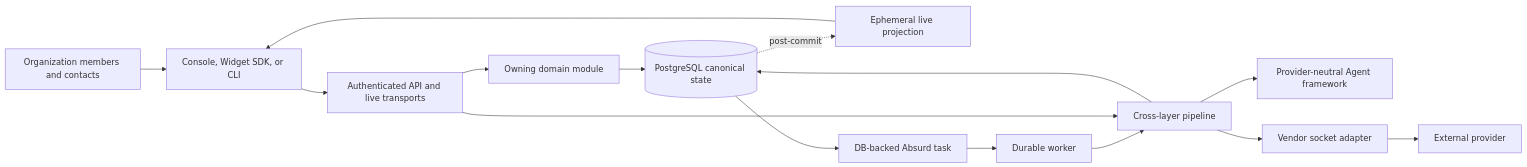
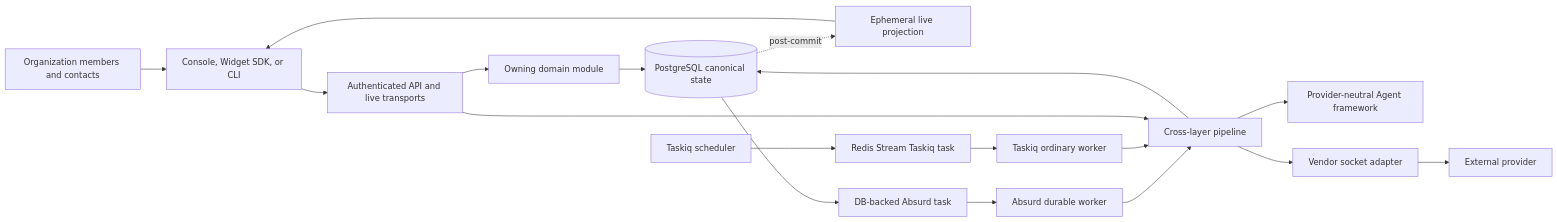
Before and after one commit to veris-pr/eylo-os: the diagram in README.md, drawn with Mermaid. The commit also changed other lines of this file and 35 other files, not shown here.

Commit message:
Document Taskiq ordinary task execution

````diff
--- a/README.md
+++ b/README.md
@@ -86,23 +86,27 @@
 ```mermaid
 flowchart LR
     people["Organization members and contacts"]
     clients["Console, Widget SDK, or CLI"]
     api["Authenticated API and live transports"]
     domain["Owning domain module"]
     state[("PostgreSQL canonical state")]
     live["Ephemeral live projection"]
     absurd["DB-backed Absurd task"]
-    worker["Durable worker"]
+    durable_worker["Absurd durable worker"]
+    task_scheduler["Taskiq scheduler"]
+    taskiq["Redis Stream Taskiq task"]
+    task_worker["Taskiq ordinary worker"]
     pipeline["Cross-layer pipeline"]
     framework["Provider-neutral Agent framework"]
     socket["Vendor socket adapter"]
     provider["External provider"]
 
     people --> clients --> api --> domain --> state
     state -. "post-commit" .-> live --> clients
-    state --> absurd --> worker --> pipeline
+    state --> absurd --> durable_worker --> pipeline
+    task_scheduler --> taskiq --> task_worker --> pipeline
     api --> pipeline
     pipeline --> framework
     pipeline --> socket --> provider
     pipeline --> state
 ```
````
